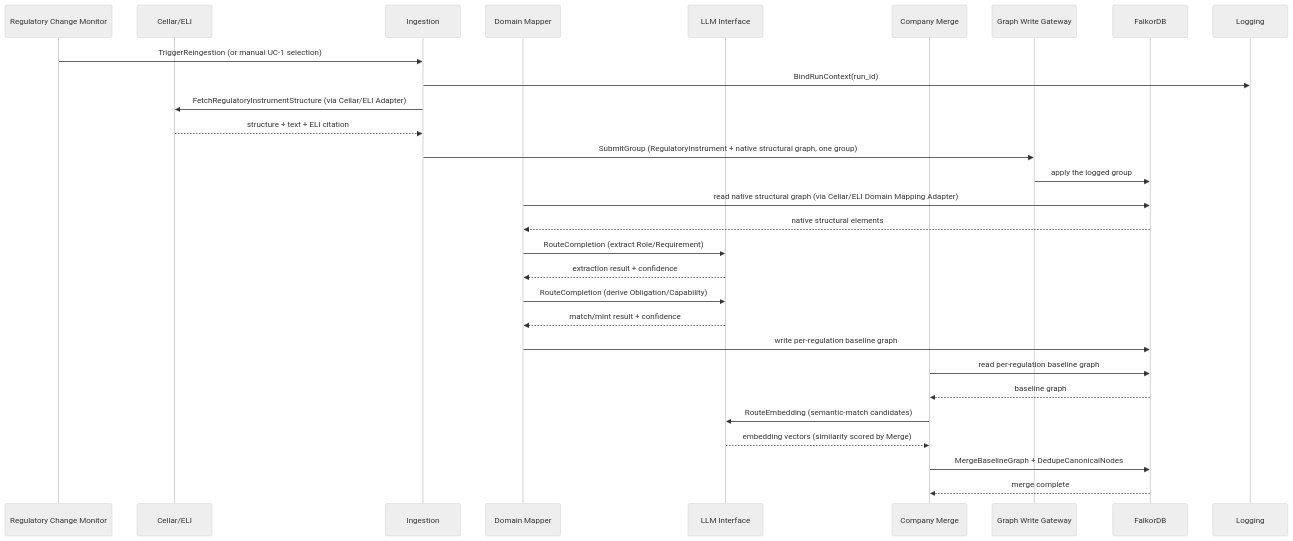
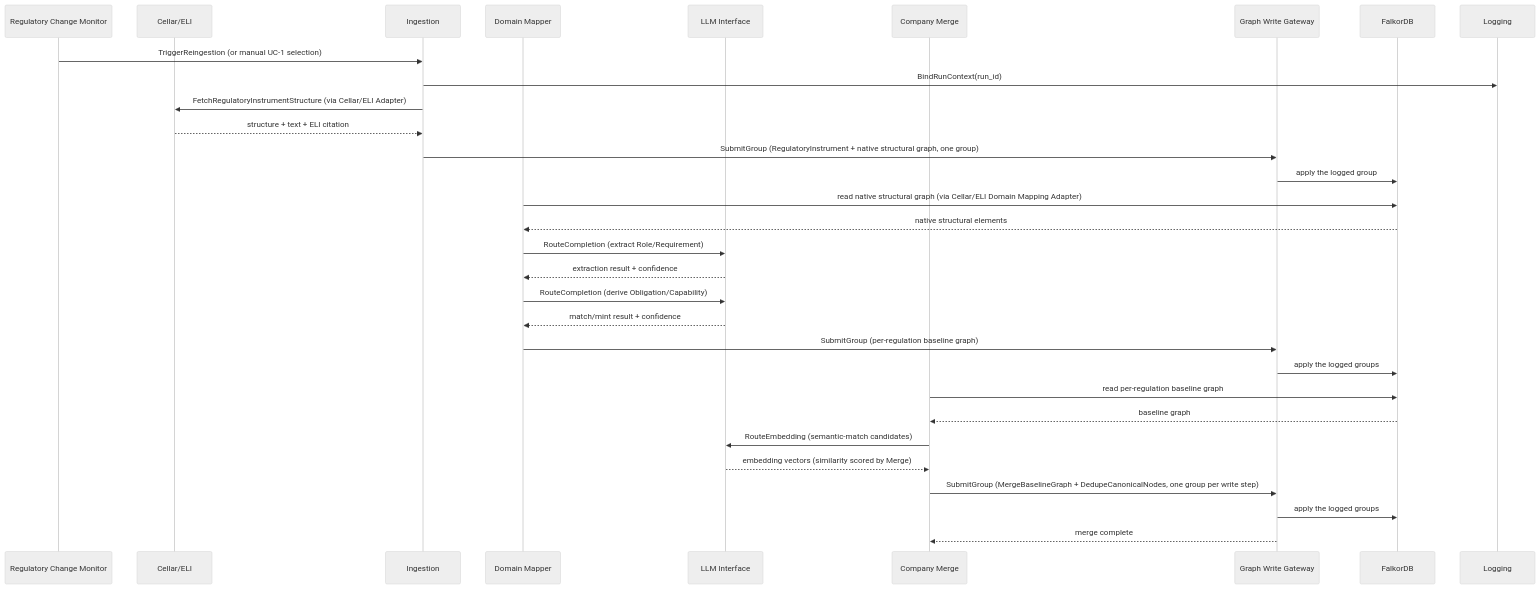
One commit to mindovermachine-dev/policy-system changed the second of 4 diagrams in docs/architecture/ps-service-container-architecture.md. Above: the diagram before and after it, drawn with Mermaid (neutral theme). The commit also changed other lines of this file and 98 other files, not shown here.

First line of the commit message:
refactor(company_merge): route graph writes through the gateway - resolves #210

````diff
--- a/docs/architecture/ps-service-container-architecture.md
+++ b/docs/architecture/ps-service-container-architecture.md
@@ -1990,34 +2000,36 @@
 ```mermaid
 sequenceDiagram
     participant Monitor as Regulatory Change Monitor
     participant Cellar as Cellar/ELI
     participant Ingestion
     participant Mapper as Domain Mapper
     participant LLM as LLM Interface
     participant Merge as Company Merge
     participant Gateway as Graph Write Gateway
     participant DB as FalkorDB
     participant Logging
 
     Monitor->>Ingestion: TriggerReingestion (or manual UC-1 selection)
     Ingestion->>Logging: BindRunContext(run_id)
     Ingestion->>Cellar: FetchRegulatoryInstrumentStructure (via Cellar/ELI Adapter)
     Cellar-->>Ingestion: structure + text + ELI citation
     Ingestion->>Gateway: SubmitGroup (RegulatoryInstrument + native structural graph, one group)
     Gateway->>DB: apply the logged group
 
     Mapper->>DB: read native structural graph (via Cellar/ELI Domain Mapping Adapter)
     DB-->>Mapper: native structural elements
     Mapper->>LLM: RouteCompletion (extract Role/Requirement)
     LLM-->>Mapper: extraction result + confidence
     Mapper->>LLM: RouteCompletion (derive Obligation/Capability)
     LLM-->>Mapper: match/mint result + confidence
-    Mapper->>DB: write per-regulation baseline graph
+    Mapper->>Gateway: SubmitGroup (per-regulation baseline graph)
+    Gateway->>DB: apply the logged groups
 
     Merge->>DB: read per-regulation baseline graph
     DB-->>Merge: baseline graph
     Merge->>LLM: RouteEmbedding (semantic-match candidates)
     LLM-->>Merge: embedding vectors (similarity scored by Merge)
-    Merge->>DB: MergeBaselineGraph + DedupeCanonicalNodes
-    DB-->>Merge: merge complete
+    Merge->>Gateway: SubmitGroup (MergeBaselineGraph + DedupeCanonicalNodes, one group per write step)
+    Gateway->>DB: apply the logged groups
+    Gateway-->>Merge: merge complete
 ```
````
